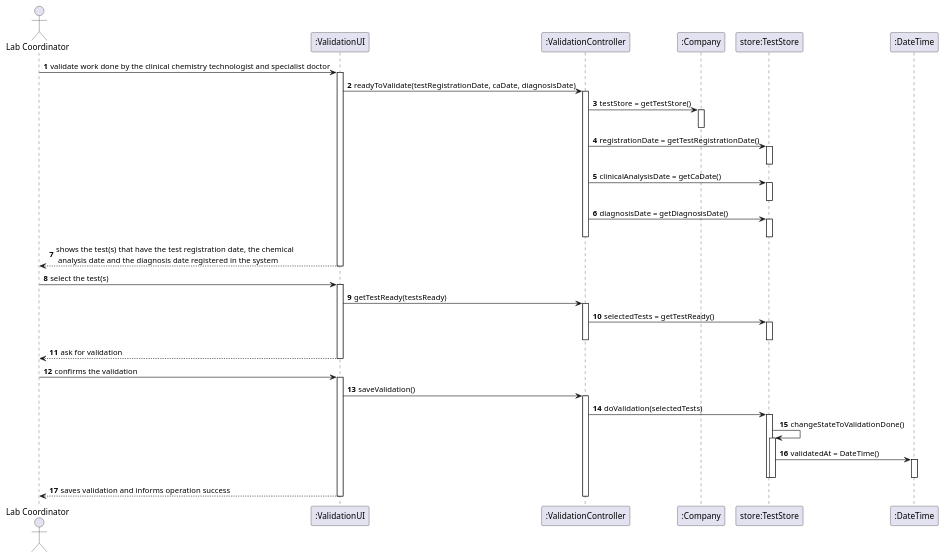
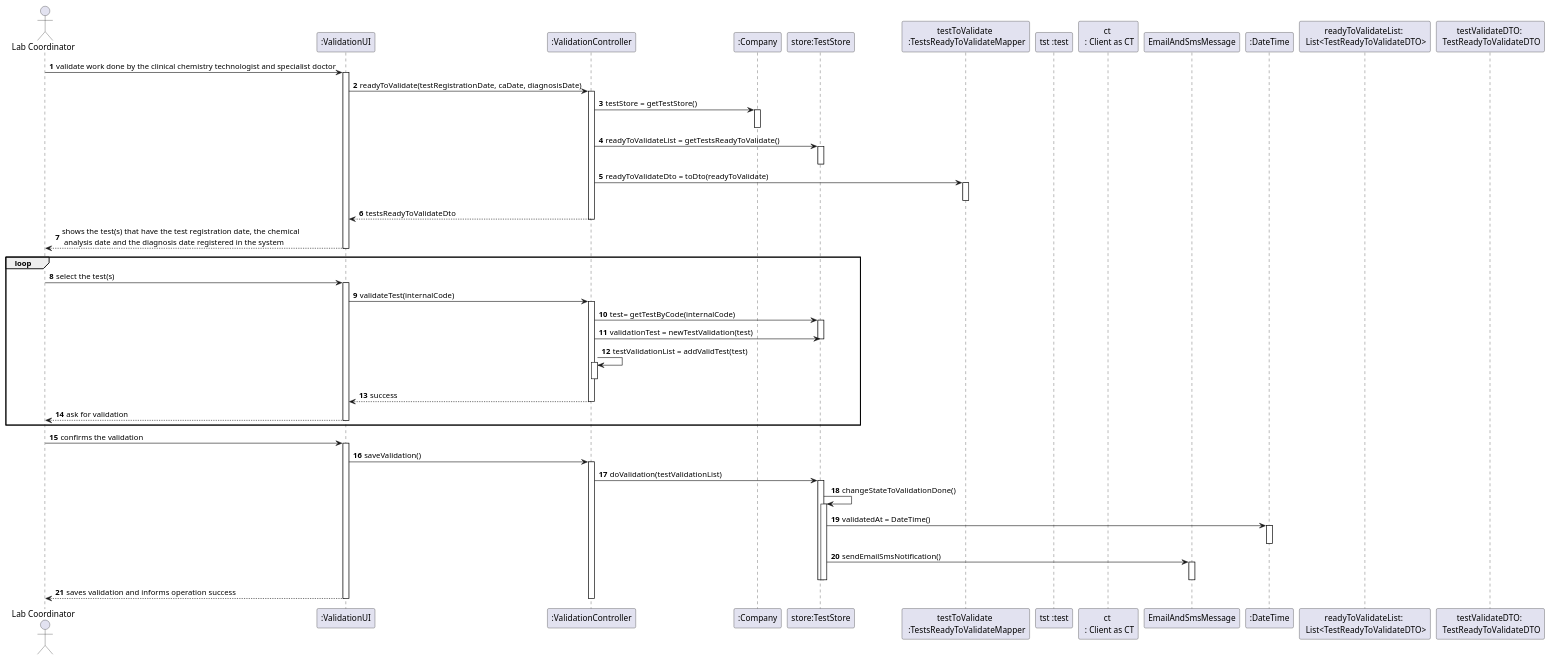
Before and after one commit to GuilhermeCunha79/lapr2: the diagram in docs/SprintC/US15/UC15_SD.puml, drawn with PlantUML. The commit also changed 3 other files, not shown here.

Commit message:
Diagrams Finalization [US-15] [Design]

```diff
--- a/docs/SprintC/US15/UC15_SD.puml
+++ b/docs/SprintC/US15/UC15_SD.puml
@@ -1,65 +1,80 @@
 @startuml
 autonumber
 'hide footbox
 actor "Lab Coordinator" as LC
 
 participant ":ValidationUI" as UI
 participant ":ValidationController" as CTRL
 participant ":Company" as C
 participant "store:TestStore" as TS
+participant "testToValidate \n :TestsReadyToValidateMapper" as TVM
+participant "tst :test" as TST
+participant "ct \n : Client as CT"
+participant "EmailAndSmsMessage" as EM
 participant ":DateTime" as DT
-
+participant "readyToValidateList: \n List<TestReadyToValidateDTO>" as LTVDTO
+participant "testValidateDTO: \n TestReadyToValidateDTO" as TVDTO
 
 LC -> UI : validate work done by the clinical chemistry technologist and specialist doctor
 activate UI
     UI -> CTRL : readyToValidate(testRegistrationDate, caDate, diagnosisDate)
     activate CTRL
     CTRL -> C : testStore = getTestStore()
     activate C
     deactivate C
-    CTRL -> TS : registrationDate = getTestRegistrationDate()
+    CTRL -> TS : readyToValidateList = getTestsReadyToValidate()
     activate TS
     deactivate TS
-    CTRL -> TS : clinicalAnalysisDate = getCaDate()
-    activate TS
-    deactivate TS
-    CTRL -> TS : diagnosisDate = getDiagnosisDate()
-     activate TS
-        deactivate TS
+    CTRL -> TVM : readyToValidateDto = toDto(readyToValidate)
+    activate TVM
+    deactivate TVM
+    deactivate TVM
+    CTRL --> UI : testsReadyToValidateDto
     deactivate CTRL
     UI --> LC : shows the test(s) that have the test registration date, the chemical\n analysis date and the diagnosis date registered in the system
 deactivate UI
-
+loop
 LC -> UI : select the test(s)
 activate UI
 
-UI -> CTRL : getTestReady(testsReady)
+UI -> CTRL : validateTest(internalCode)
 activate CTRL
-CTRL -> TS : selectedTests = getTestReady()
+CTRL -> TS : test= getTestByCode(internalCode)
 activate TS
+CTRL -> TS : validationTest = newTestValidation(test)
 deactivate TS
+
+CTRL -> CTRL : testValidationList = addValidTest(test)
+activate CTRL
 deactivate CTRL
+CTRL --> UI : success
+deactivate CTRL
+
+    UI --> LC : ask for validation
     deactivate CTRL
-    UI --> LC : ask for validation
 deactivate UI
+end
 LC -> UI : confirms the validation
 activate UI
     UI -> CTRL : saveValidation()
     activate CTRL
-    CTRL -> TS : doValidation(selectedTests)
+    CTRL -> TS : doValidation(testValidationList)
     activate TS
     TS -> TS : changeStateToValidationDone()
     activate TS
     TS -> DT : validatedAt = DateTime()
     activate DT
-    deactivate DT
+        deactivate DT
+    TS -> EM : sendEmailSmsNotification()
+    activate EM
+    deactivate EM
     deactivate TS
     deactivate TS
 
 
 UI --> LC : saves validation and informs operation success
 deactivate C
 deactivate UI
 deactivate CTRL
 
 @enduml
```
